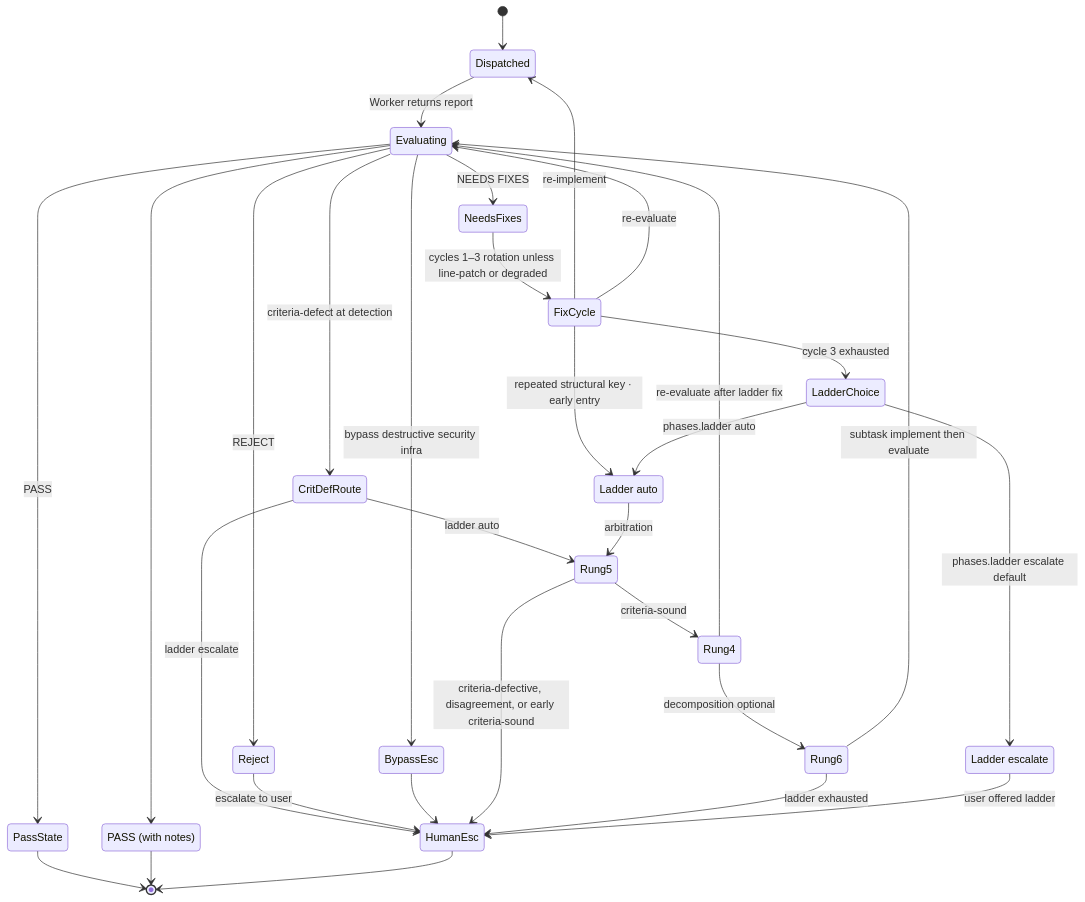
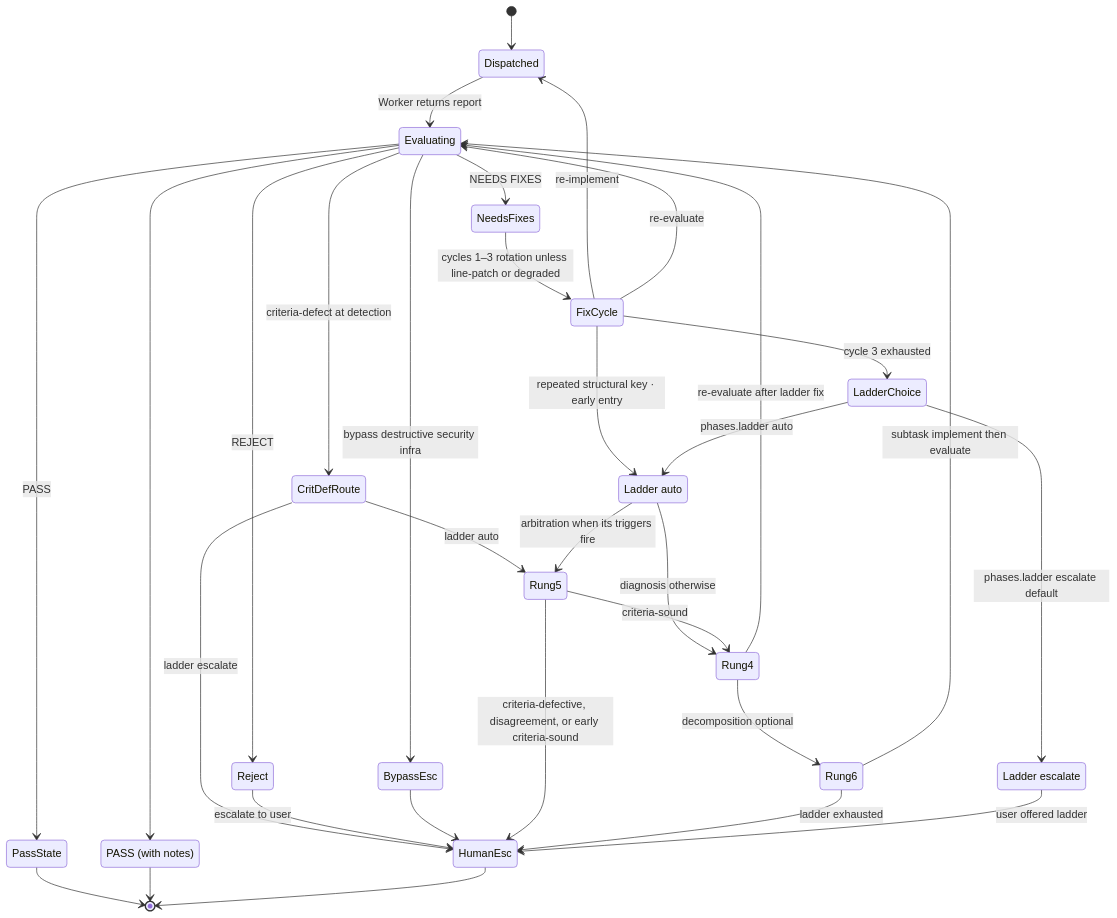
Before and after one commit to kdcllc/skills: the seventh of 12 diagrams in docs/agent-kit/guide/architecture.md, drawn with Mermaid. The commit also changed other lines of this file and 8 other files, not shown here.

````diff
--- a/docs/agent-kit/guide/architecture.md
+++ b/docs/agent-kit/guide/architecture.md
@@ -210,36 +212,37 @@
 ```mermaid
 stateDiagram-v2
     [*] --> Dispatched
     Dispatched --> Evaluating: Worker returns report
     Evaluating --> PassState: PASS
     state "PASS (with notes)" as PassNotes
     Evaluating --> PassNotes
     Evaluating --> NeedsFixes: NEEDS FIXES
     Evaluating --> Reject: REJECT
     Evaluating --> BypassEsc: bypass destructive security infra
     Evaluating --> CritDefRoute: criteria-defect at detection
     CritDefRoute --> Rung5: ladder auto
     CritDefRoute --> HumanEsc: ladder escalate
     PassState --> [*]
     PassNotes --> [*]
     Reject --> HumanEsc: escalate to user
     BypassEsc --> HumanEsc
     NeedsFixes --> FixCycle: cycles 1–3 rotation unless line-patch or degraded
     FixCycle --> Dispatched: re-implement
     FixCycle --> Evaluating: re-evaluate
     FixCycle --> LadderChoice: cycle 3 exhausted
     state "Ladder auto" as LadderAuto
     FixCycle --> LadderAuto: repeated structural key · early entry
     state "Ladder escalate" as LadderEsc
     LadderChoice --> LadderAuto: phases.ladder auto
     LadderChoice --> LadderEsc: phases.ladder escalate default
-    LadderAuto --> Rung5: arbitration
+    LadderAuto --> Rung5: arbitration when its triggers fire
+    LadderAuto --> Rung4: diagnosis otherwise
     Rung5 --> Rung4: criteria-sound
     Rung5 --> HumanEsc: criteria-defective, disagreement, or early criteria-sound
     Rung4 --> Evaluating: re-evaluate after ladder fix
     Rung4 --> Rung6: decomposition optional
     Rung6 --> Evaluating: subtask implement then evaluate
     Rung6 --> HumanEsc: ladder exhausted
     LadderEsc --> HumanEsc: user offered ladder
     HumanEsc --> [*]
 ```
````
